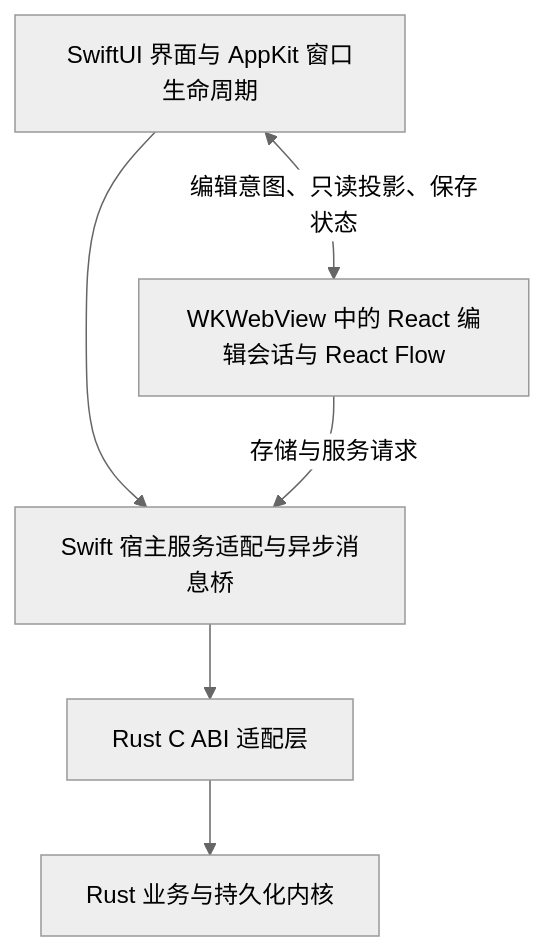
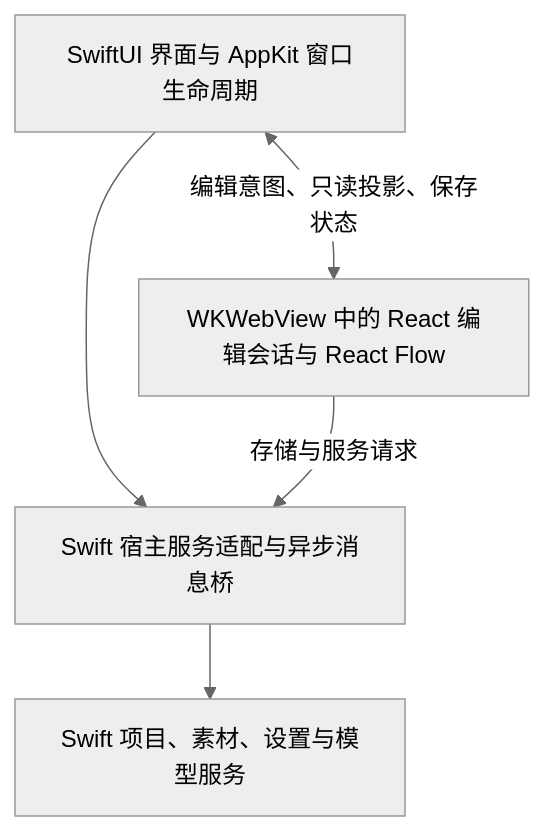
The diagram in docs/swiftui-react-flow-migration-plan.md (hailingu/PlotWeave), drawn with Mermaid (neutral theme) before and after one commit. The commit also changed other lines of this file and 173 other files, not shown here.

````diff
--- a/docs/swiftui-react-flow-migration-plan.md
+++ b/docs/swiftui-react-flow-migration-plan.md
@@ -23,13 +26,11 @@
 ```mermaid
 flowchart TB
     Native[SwiftUI 界面与 AppKit 窗口生命周期]
     Web[WKWebView 中的 React 编辑会话与 React Flow]
     Transport[Swift 宿主服务适配与异步消息桥]
-    FFI[Rust C ABI 适配层]
-    Core[Rust 业务与持久化内核]
+    Core[Swift 项目、素材、设置与模型服务]
     Native <-->|编辑意图、只读投影、保存状态| Web
     Native --> Transport
     Web -->|存储与服务请求| Transport
-    Transport --> FFI
-    FFI --> Core
+    Transport --> Core
 ```
````
